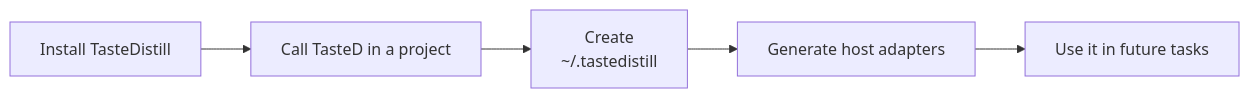
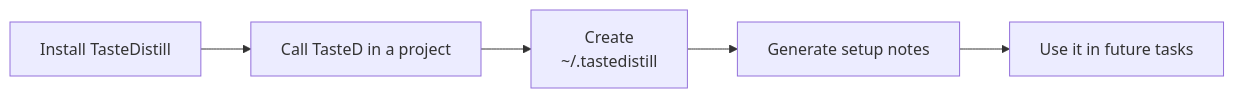
One commit to sssstwee/tastedistill changed the second of 3 diagrams in README.md. Above: the diagram before and after it, drawn with Mermaid. The commit also changed other lines of this file and 3 other files, not shown here.

````diff
--- a/README.md
+++ b/README.md
@@ -75,7 +75,7 @@
 ```mermaid
 flowchart LR
     A["Install TasteDistill"] --> B["Call TasteD in a project"]
     B --> C["Create<br/>~/.tastedistill"]
-    C --> D["Generate host adapters"]
+    C --> D["Generate setup notes"]
     D --> E["Use it in future tasks"]
 ```
````
